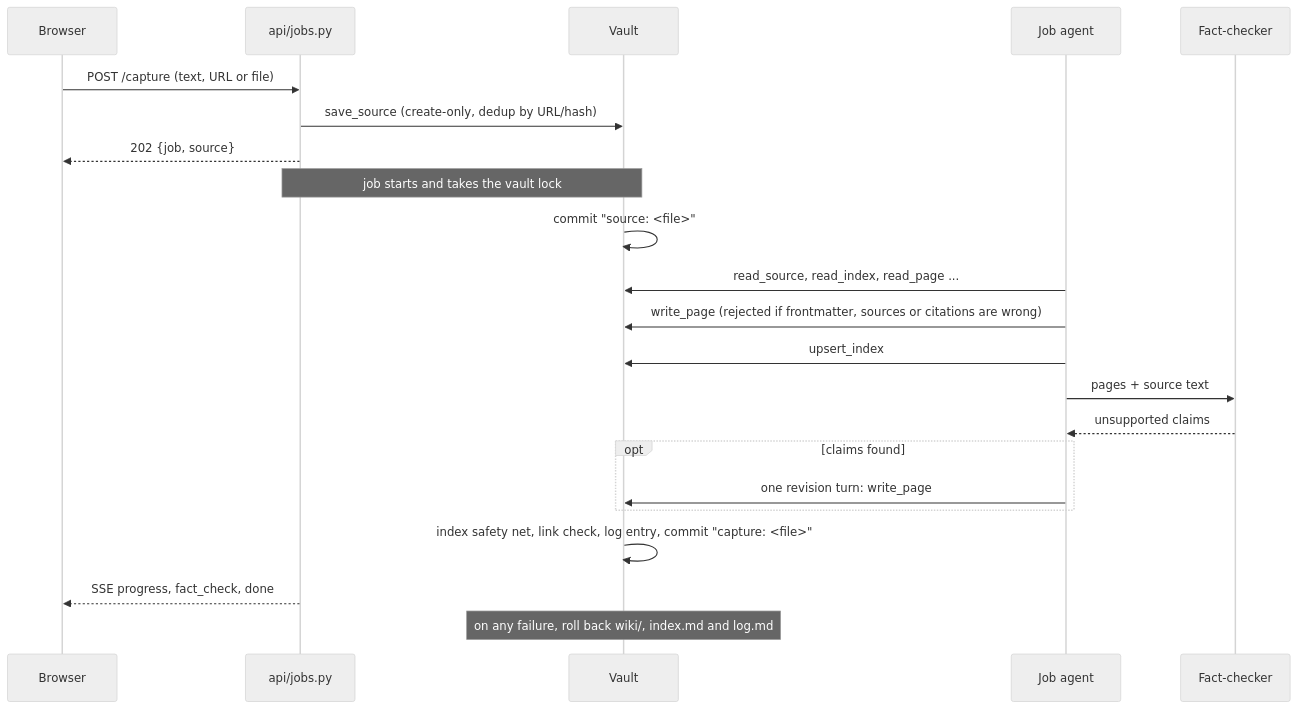
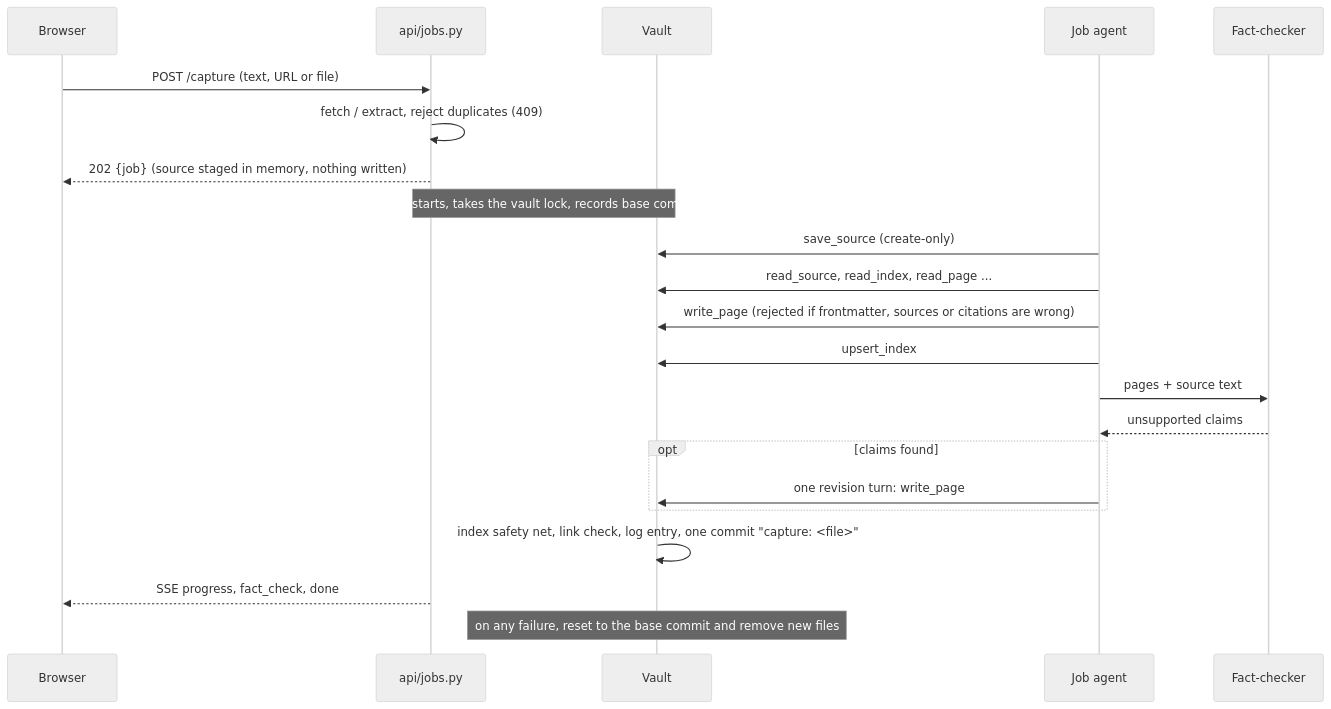
One commit to hainm112123/PhosphoChat changed the third of 3 diagrams in README.md. Above: the diagram before and after it, drawn with Mermaid (neutral theme). The commit also changed other lines of this file and 19 other files, not shown here.

````diff
--- a/README.md
+++ b/README.md
@@ -167,25 +167,25 @@
 ```mermaid
 sequenceDiagram
     participant UI as Browser
     participant API as api/jobs.py
     participant V as Vault
     participant J as Job agent
     participant F as Fact-checker
 
     UI->>API: POST /capture (text, URL or file)
-    API->>V: save_source (create-only, dedup by URL/hash)
-    API-->>UI: 202 {job, source}
-    Note over API,V: job starts and takes the vault lock
-    V->>V: commit "source: <file>"
+    API->>API: fetch / extract, reject duplicates (409)
+    API-->>UI: 202 {job} (source staged in memory, nothing written)
+    Note over API,V: job starts, takes the vault lock, records base commit
+    J->>V: save_source (create-only)
     J->>V: read_source, read_index, read_page ...
     J->>V: write_page (rejected if frontmatter, sources or citations are wrong)
     J->>V: upsert_index
     J->>F: pages + source text
     F-->>J: unsupported claims
     opt claims found
         J->>V: one revision turn: write_page
     end
-    V->>V: index safety net, link check, log entry, commit "capture: <file>"
+    V->>V: index safety net, link check, log entry, one commit "capture: <file>"
     API-->>UI: SSE progress, fact_check, done
-    Note over V: on any failure, roll back wiki/, index.md and log.md
+    Note over V: on any failure, reset to the base commit and remove new files
 ```
````
